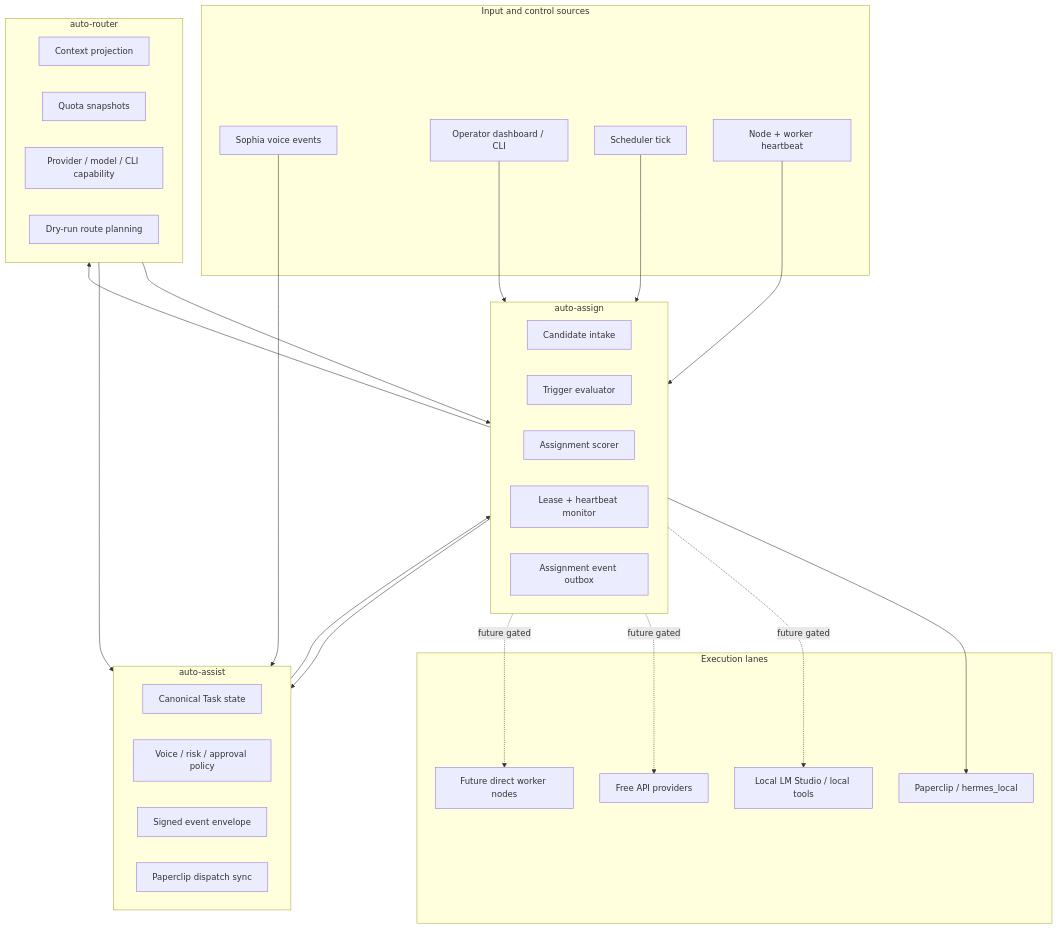
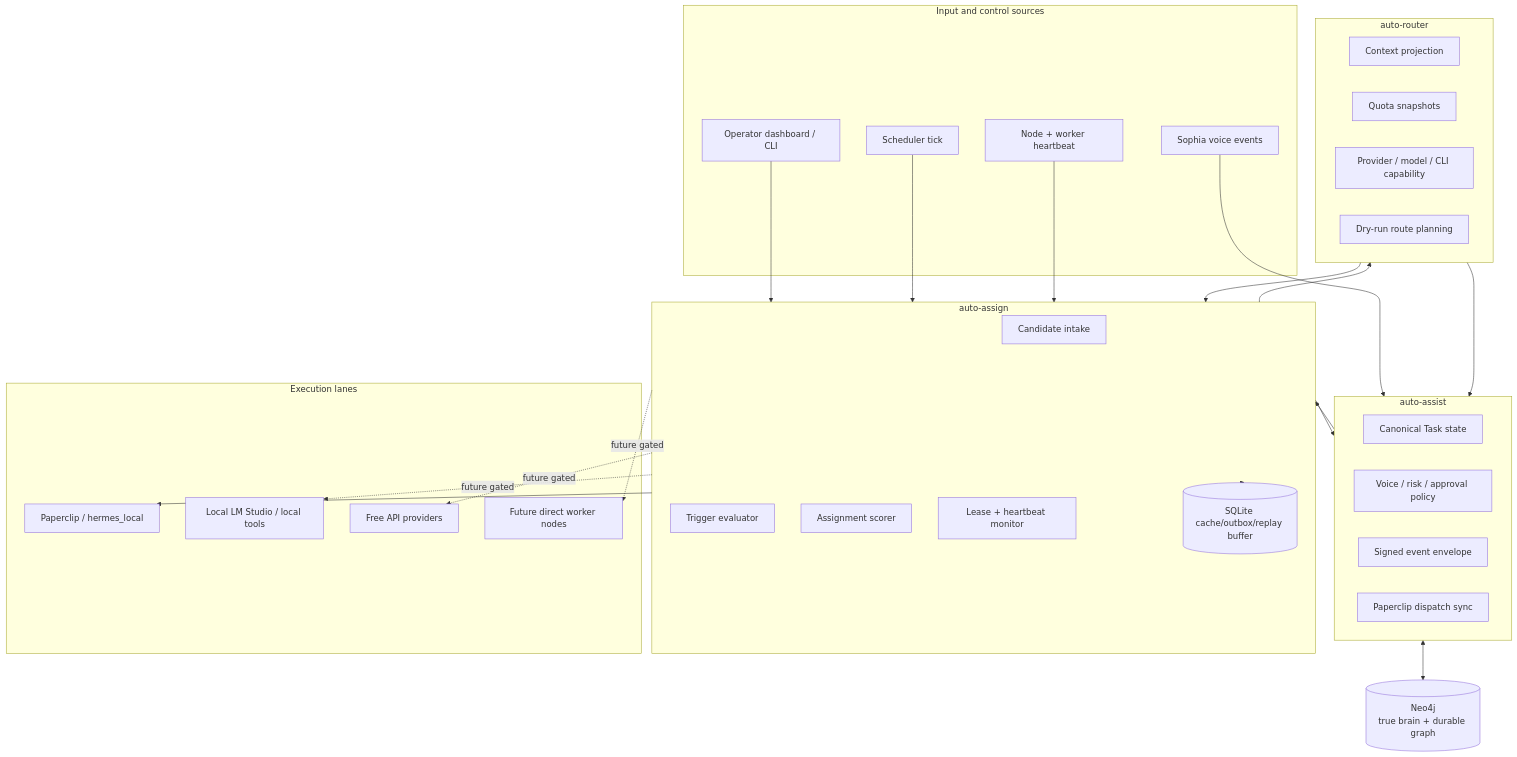
One commit to scottjoyner/auto-assign changed the first of 3 diagrams in docs/HLD.md. Above: the diagram before and after it, drawn with Mermaid. The commit also changed other lines of this file, not shown here.

Commit message:
docs: update HLD for Neo4j brain and cache-only SQLite

````diff
--- a/docs/HLD.md
+++ b/docs/HLD.md
@@ -36,52 +41,56 @@
 ```mermaid
 flowchart TB
     subgraph Input[Input and control sources]
         Sophia[Sophia voice events]
         Operator[Operator dashboard / CLI]
         Timer[Scheduler tick]
         Heartbeat[Node + worker heartbeat]
     end
 
     subgraph AssistX[auto-assist]
         TaskState[Canonical Task state]
         Policy[Voice / risk / approval policy]
         Events[Signed event envelope]
         PaperclipDispatch[Paperclip dispatch sync]
     end
 
+    Brain[(Neo4j\ntrue brain + durable graph)]
+
     subgraph Assign[auto-assign]
         Intake[Candidate intake]
         Scheduler[Trigger evaluator]
         Scorer[Assignment scorer]
         Lease[Lease + heartbeat monitor]
-        Outbox[Assignment event outbox]
+        Cache[(SQLite cache/outbox/replay buffer)]
     end
 
     subgraph Router[auto-router]
         Context[Context projection]
         Quota[Quota snapshots]
         Capability[Provider / model / CLI capability]
         DryRun[Dry-run route planning]
     end
 
     subgraph Execution[Execution lanes]
         Paperclip[Paperclip / hermes_local]
         Local[Local LM Studio / local tools]
         FreeAPI[Free API providers]
         FutureWorkers[Future direct worker nodes]
     end
 
     Sophia --> AssistX
+    AssistX <--> Brain
     Operator --> Assign
     Timer --> Assign
     Heartbeat --> Assign
     AssistX --> Assign
     Assign --> Router
     Router --> Assign
+    Assign --> Cache
     Assign --> Paperclip
     Assign -.future gated.-> Local
     Assign -.future gated.-> FreeAPI
     Assign -.future gated.-> FutureWorkers
     Assign --> AssistX
     Router --> AssistX
 ```
````
